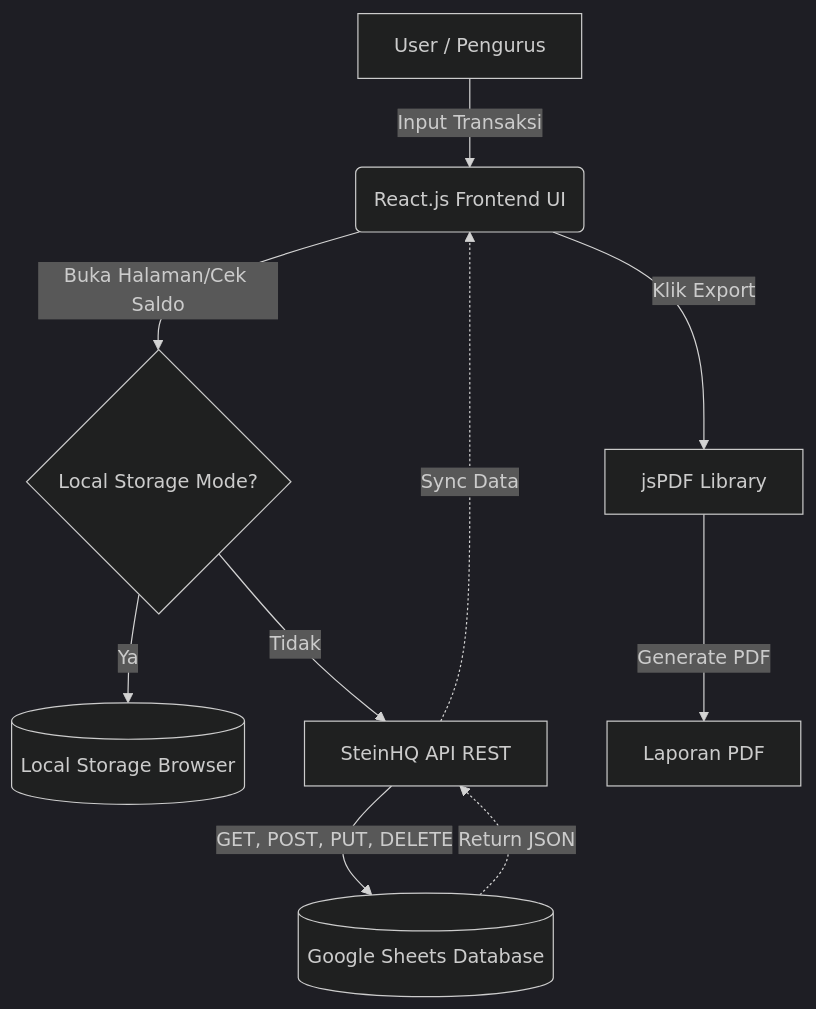
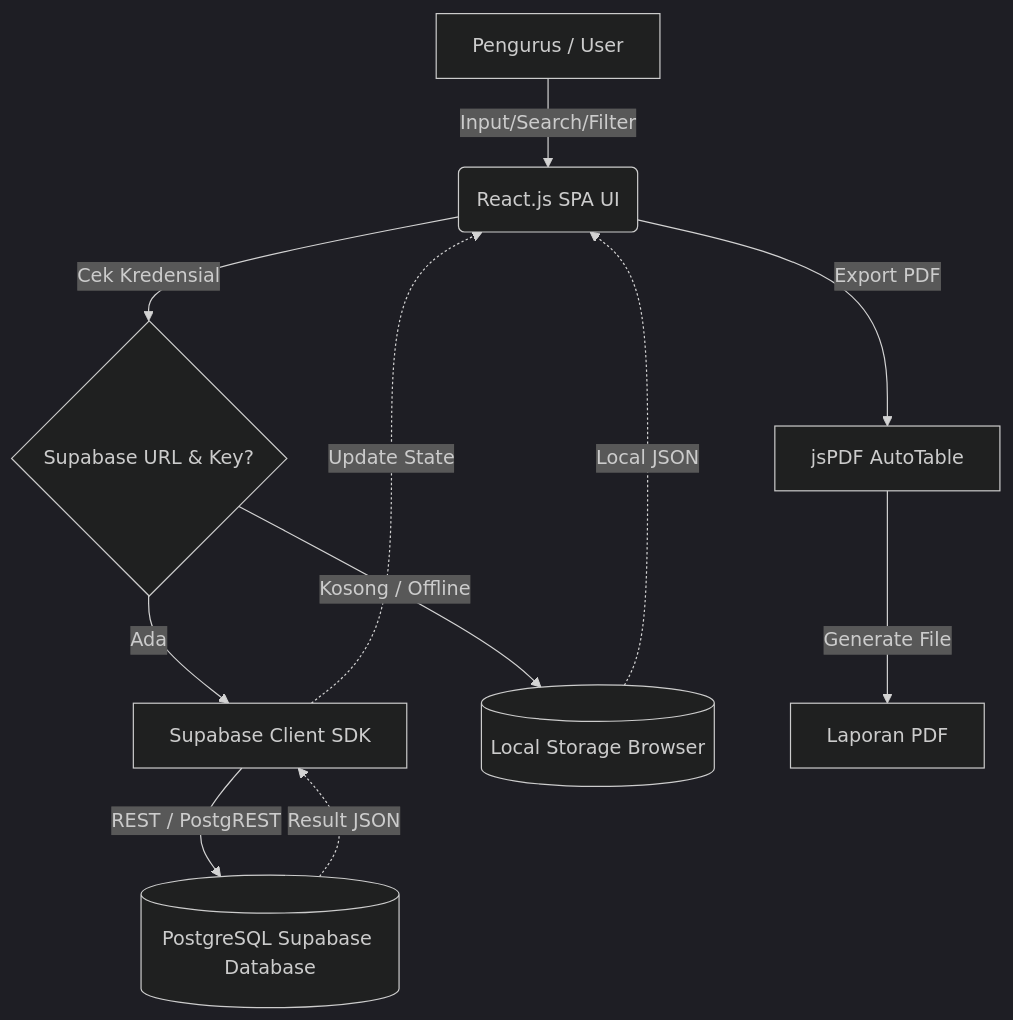
The diagram in readme.md (AnnurImat91/cashflowsn), drawn with Mermaid (dark theme) before and after one commit. The commit also changed other lines of this file and 4 other files, not shown here.

````diff
--- a/readme.md
+++ b/readme.md
@@ -37,15 +83,16 @@
 ```mermaid
 graph TD
-    A[User / Pengurus] -->|Input Transaksi| B(React.js Frontend UI)
-    B -->|Buka Halaman/Cek Saldo| C{Local Storage Mode?}
+    A[Pengurus / User] -->|Input/Search/Filter| B(React.js SPA UI)
+    B -->|Cek Kredensial| C{Supabase URL & Key?}
     
-    C -->|Ya | D[(Local Storage Browser)]
-    C -->|Tidak | E[SteinHQ API REST]
+    C -->|Ada| D[Supabase Client SDK]
+    D -->|REST / PostgREST| E[(PostgreSQL Supabase Database)]
+    E -.->|Result JSON| D
+    D -.->|Update State| B
+
+    C -->|Kosong / Offline| F[(Local Storage Browser)]
+    F -.->|Local JSON| B
     
-    E -->|GET, POST, PUT, DELETE| F[(Google Sheets Database)]
-    F -.->|Return JSON| E
-    E -.->|Sync Data| B
-    
-    B -->|Klik Export| G[jsPDF Library]
-    G -->|Generate PDF| H[Laporan PDF]
+    B -->|Export PDF| G[jsPDF AutoTable]
+    G -->|Generate File| H[Laporan PDF]
 ```
````
